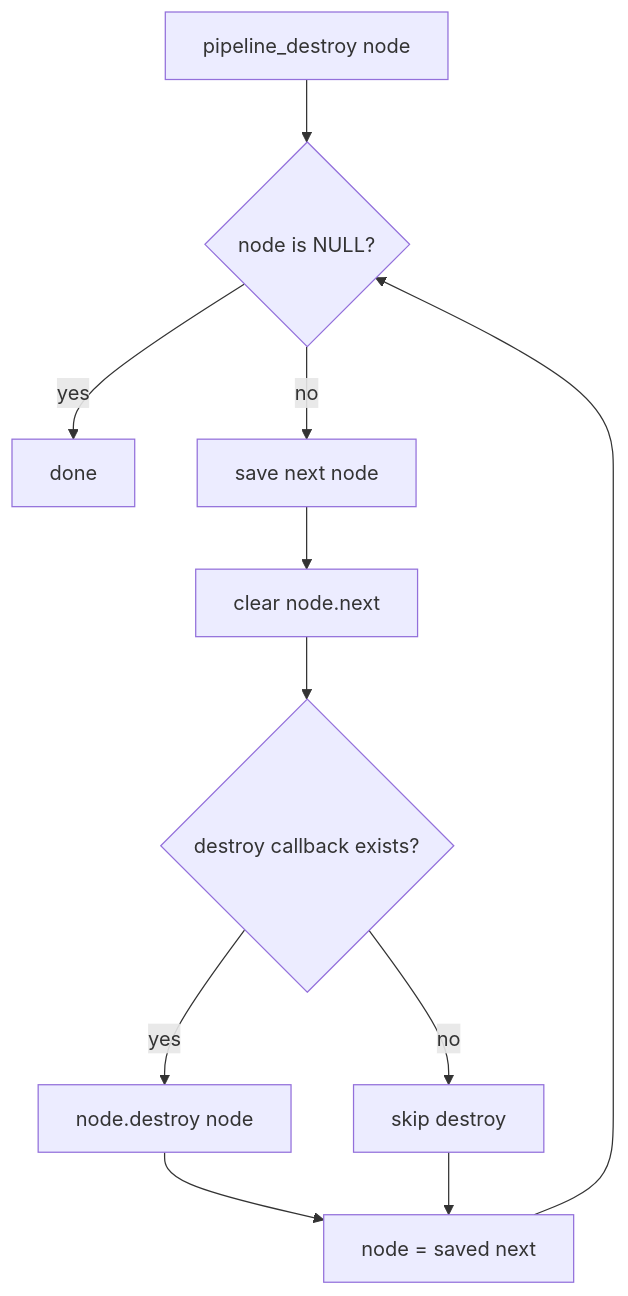
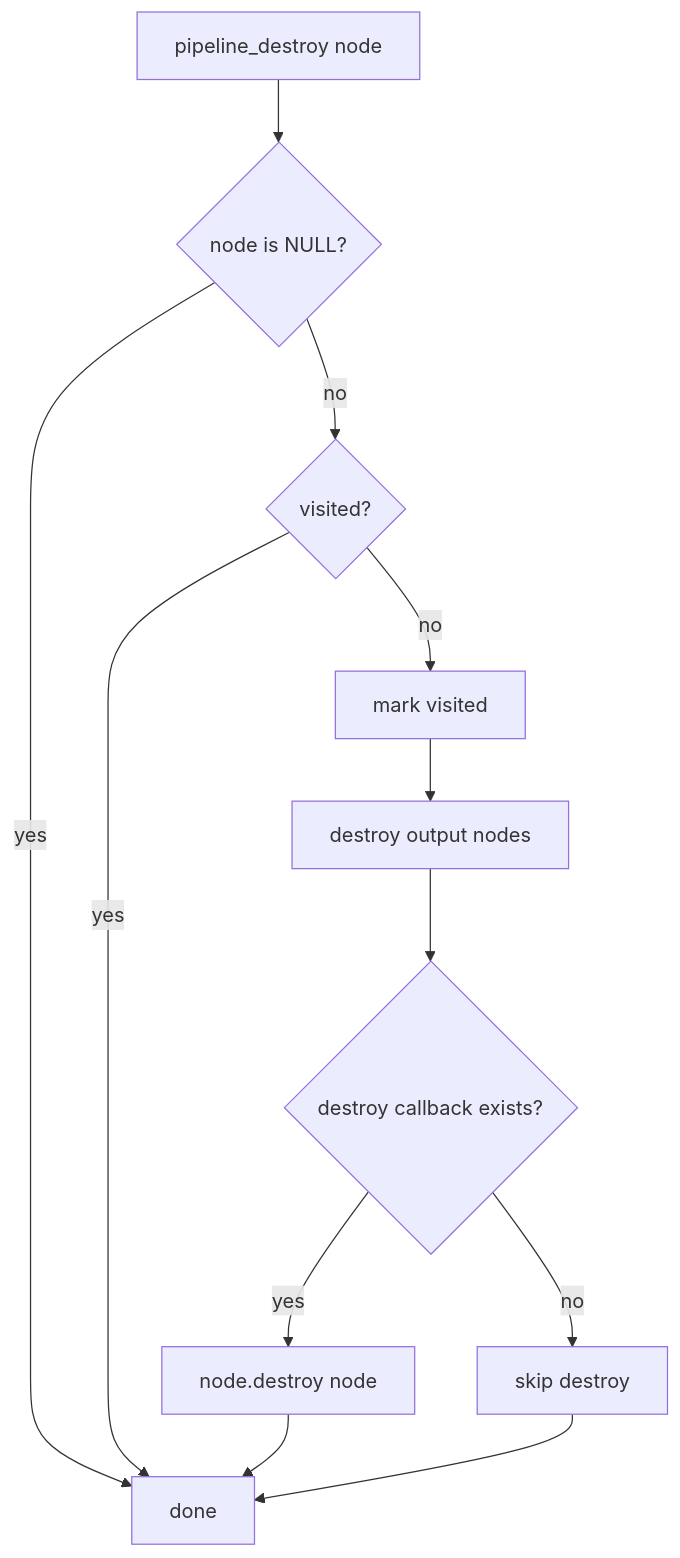
One commit to originalcore/rk3588_camera changed the sixth of 7 diagrams in CAMERA_FLOWCHARTS.md. Above: the diagram before and after it, drawn with Mermaid. The commit also changed other lines of this file and 6 other files, not shown here.

Commit message:
Convert pipeline to graph outputs

````diff
--- a/CAMERA_FLOWCHARTS.md
+++ b/CAMERA_FLOWCHARTS.md
@@ -164,13 +164,14 @@
 ```mermaid
 flowchart TD
     A[pipeline_destroy node] --> B{node is NULL?}
     B -->|yes| Z[done]
-    B -->|no| C[save next node]
-    C --> D[clear node.next]
-    D --> E{destroy callback exists?}
+    B -->|no| C{visited?}
+    C -->|yes| Z
+    C -->|no| D[mark visited]
+    D --> O[destroy output nodes]
+    O --> E{destroy callback exists?}
     E -->|yes| F[node.destroy node]
     E -->|no| G[skip destroy]
-    F --> H[node = saved next]
-    G --> H
-    H --> B
+    F --> Z
+    G --> Z
 ```
````
